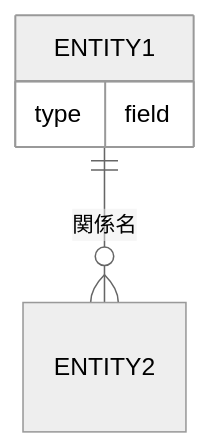
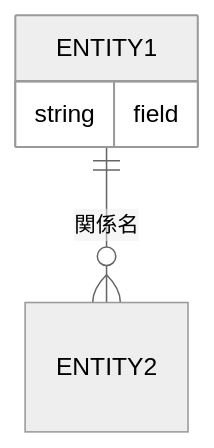
Before and after one commit to daidaiiro-519/has-udd: the first of 4 diagrams in .claude/skills/mermaid-guide/references/pattern-er.md, drawn with Mermaid (neutral theme). The commit also changed other lines of this file and 26 other files, not shown here.

````diff
--- a/.claude/skills/mermaid-guide/references/pattern-er.md
+++ b/.claude/skills/mermaid-guide/references/pattern-er.md
@@ -22,7 +22,7 @@
 ```mermaid
 erDiagram
     ENTITY1 ||--o{ ENTITY2 : "関係名"
     ENTITY1 {
-        type field
+        string field
     }
 ```
````
